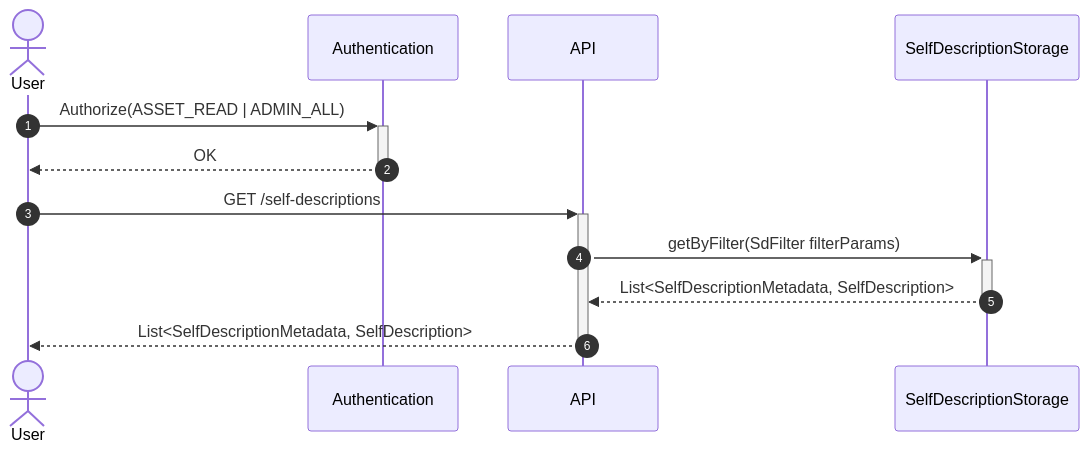
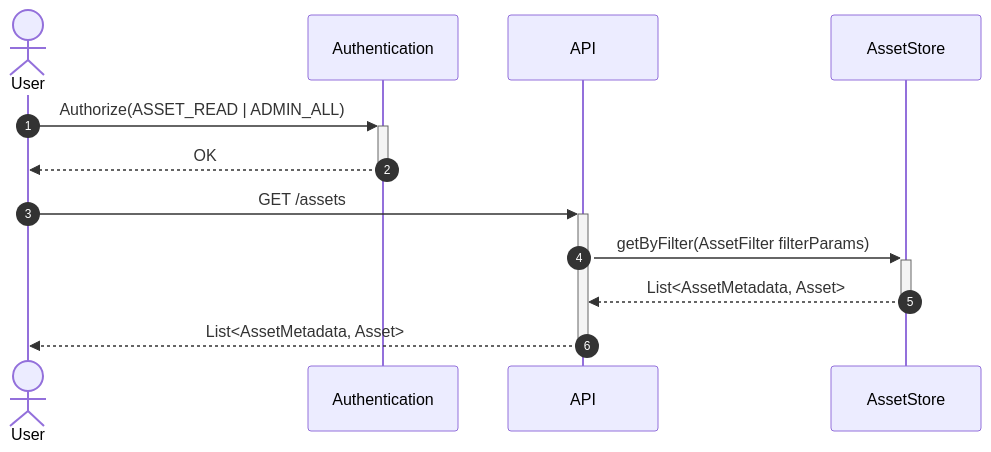
One commit to federated-catalogue-enhancements-2026/docs changed diagram 15 of 34 in federated-catalogue/src/docs/architecture/chapters/06_runtime_view.adoc. Above: the diagram before and after it, drawn with Mermaid. The commit also changed other lines of this file and 11 other files, not shown here.

```diff
--- a/federated-catalogue/src/docs/architecture/chapters/06_runtime_view.adoc
+++ b/federated-catalogue/src/docs/architecture/chapters/06_runtime_view.adoc
@@ -539,15 +539,15 @@
 [mermaid, width=2000]
 ....
 sequenceDiagram
     autonumber
     actor User
     participant Auth as Authentication
     participant API
-    participant SDStore as SelfDescriptionStorage
+    participant AssetStore as AssetStore
     User ->> + Auth:Authorize(ASSET_READ | ADMIN_ALL)
     Auth -->> - User:OK
-    User ->> + API:GET /self-descriptions
-    API ->> + SDStore: getByFilter(SdFilter filterParams)
-    SDStore -->> - API: List<SelfDescriptionMetadata, SelfDescription>
-    API -->> - User:List<SelfDescriptionMetadata, SelfDescription>
+    User ->> + API:GET /assets
+    API ->> + AssetStore: getByFilter(AssetFilter filterParams)
+    AssetStore -->> - API: List<AssetMetadata, Asset>
+    API -->> - User:List<AssetMetadata, Asset>
 ....
```
